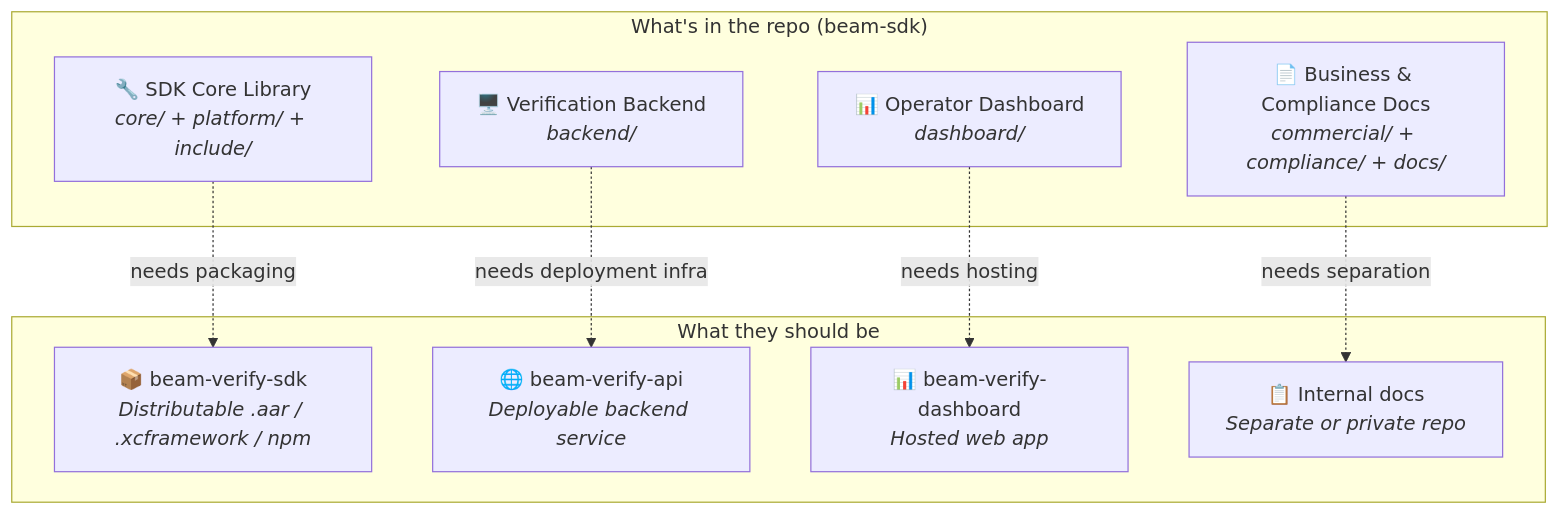
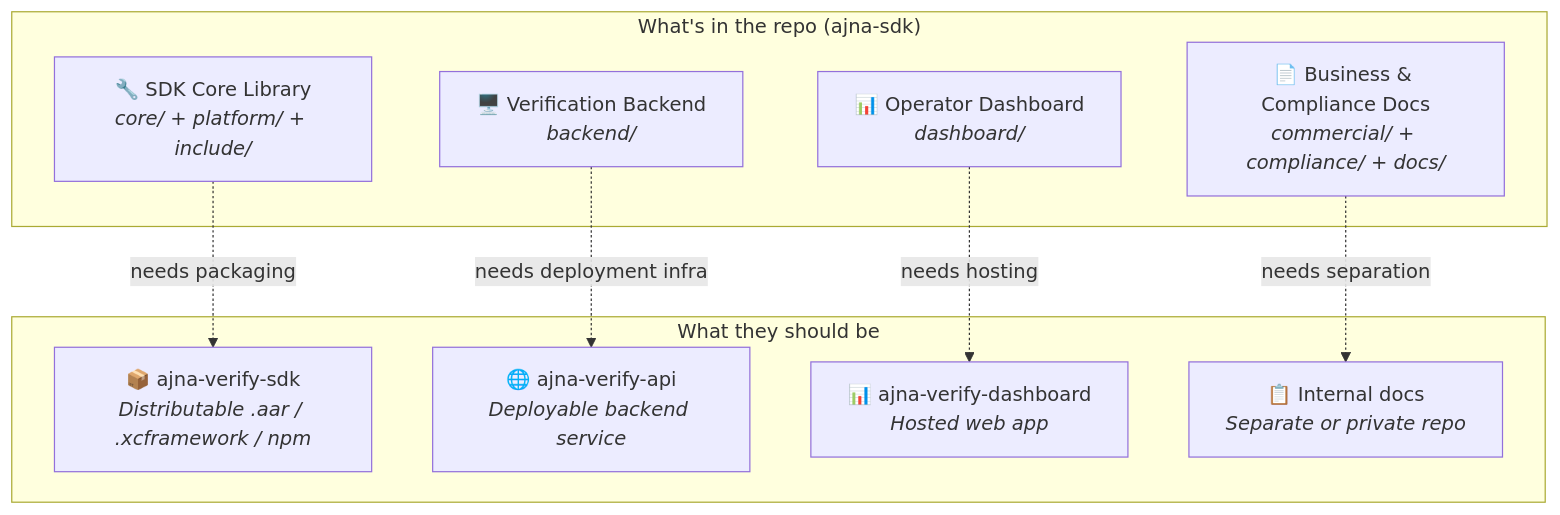
The first of 2 diagrams in sdk_assessment.md (NeoOne601/beam-sdk), drawn with Mermaid before and after one commit. The commit also changed other lines of this file and 146 other files, not shown here.

First line of the commit message:
refactor: rebrand Beam to Ajna across workspace, FFI, platform bridges, and docs

````diff
--- a/sdk_assessment.md
+++ b/sdk_assessment.md
@@ -135,21 +135,21 @@
 ```mermaid
 graph TB
-    subgraph "What's in the repo (beam-sdk)"
+    subgraph "What's in the repo (ajna-sdk)"
         A["🔧 SDK Core Library<br/><i>core/ + platform/ + include/</i>"]
         B["🖥️ Verification Backend<br/><i>backend/</i>"]
         C["📊 Operator Dashboard<br/><i>dashboard/</i>"]
         D["📄 Business & Compliance Docs<br/><i>commercial/ + compliance/ + docs/</i>"]
     end
 
     subgraph "What they should be"
-        E["📦 beam-verify-sdk<br/><i>Distributable .aar / .xcframework / npm</i>"]
-        F["🌐 beam-verify-api<br/><i>Deployable backend service</i>"]
-        G["📊 beam-verify-dashboard<br/><i>Hosted web app</i>"]
+        E["📦 ajna-verify-sdk<br/><i>Distributable .aar / .xcframework / npm</i>"]
+        F["🌐 ajna-verify-api<br/><i>Deployable backend service</i>"]
+        G["📊 ajna-verify-dashboard<br/><i>Hosted web app</i>"]
         H["📋 Internal docs<br/><i>Separate or private repo</i>"]
     end
 
     A -.->|"needs packaging"| E
     B -.->|"needs deployment infra"| F
     C -.->|"needs hosting"| G
     D -.->|"needs separation"| H
 ```
````
